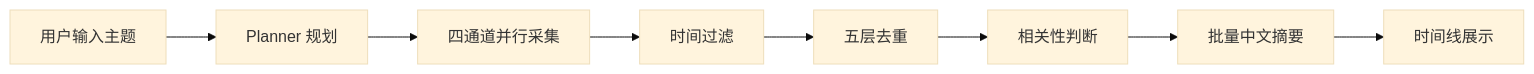
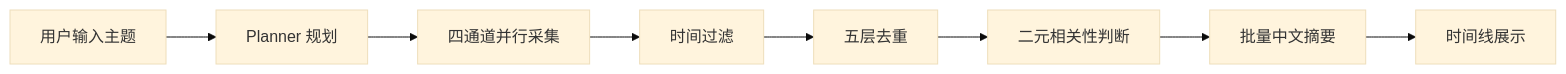
Before and after one commit to acd2113/monitor-agent: the diagram in README.md, drawn with Mermaid (base theme). The commit also changed other lines of this file and 1 other file, not shown here.

````diff
--- a/README.md
+++ b/README.md
@@ -22,10 +24,10 @@
 ```mermaid
 flowchart LR
     A[用户输入主题] --> B[Planner 规划]
     B --> C[四通道并行采集]
     C --> D[时间过滤]
     D --> E[五层去重]
-    E --> F[相关性判断]
+    E --> F[二元相关性判断]
     F --> G[批量中文摘要]
     G --> H[时间线展示]
 ```
````
